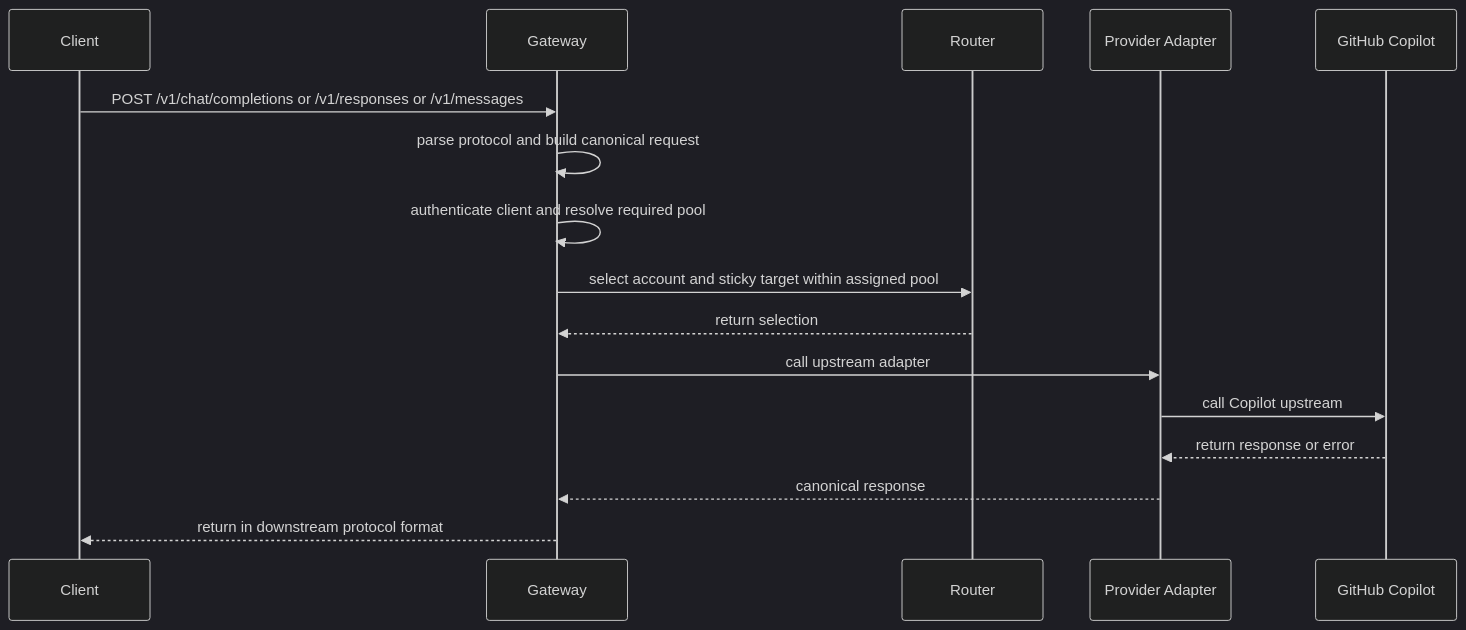
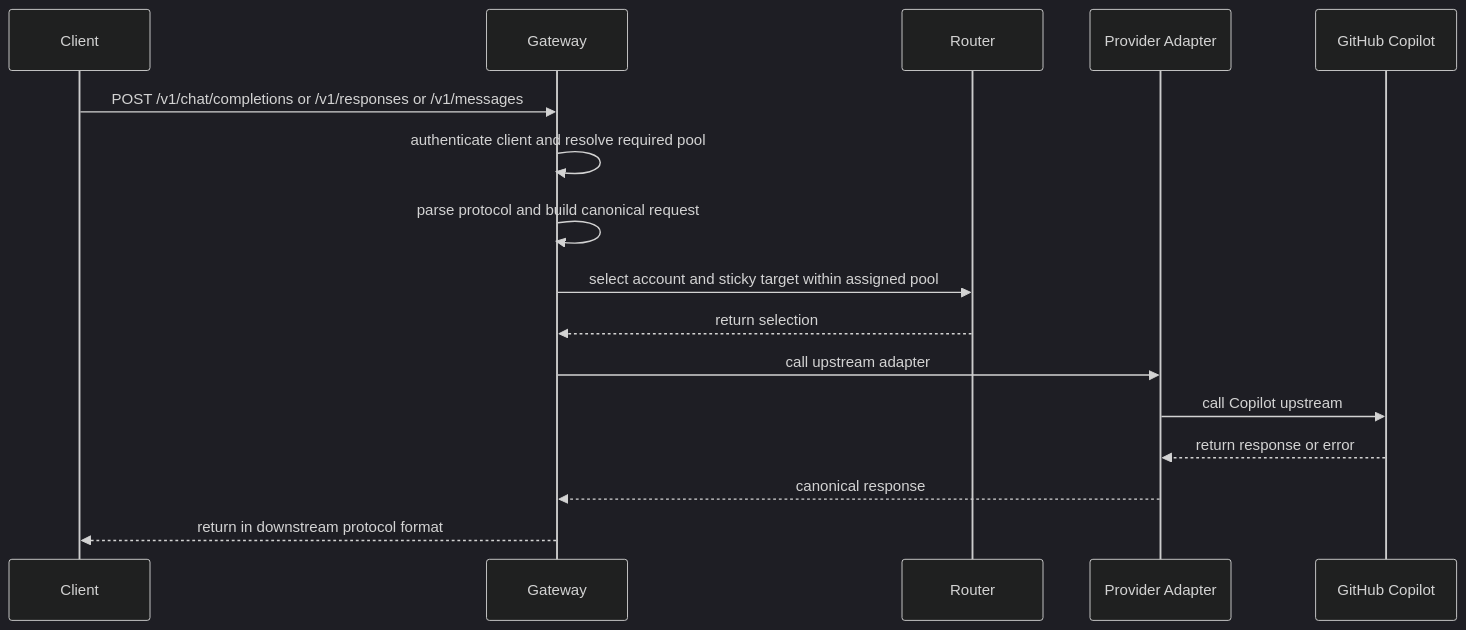
Before and after one commit to pczhao1210/ghcp-pool-proxy: the second of 4 diagrams in docs/architecture.en.md, drawn with Mermaid (dark theme). The commit also changed other lines of this file and 34 other files, not shown here.

First line of the commit message:
Publish runtime release 2026.09.12.1 (schema 21)

````diff
--- a/docs/architecture.en.md
+++ b/docs/architecture.en.md
@@ -63,19 +63,19 @@
 ```mermaid
 sequenceDiagram
   participant C as Client
   participant G as Gateway
   participant R as Router
   participant P as Provider Adapter
   participant U as GitHub Copilot
 
   C->>G: POST /v1/chat/completions or /v1/responses or /v1/messages
+  G->>G: authenticate client and resolve required pool
   G->>G: parse protocol and build canonical request
-  G->>G: authenticate client and resolve required pool
   G->>R: select account and sticky target within assigned pool
   R-->>G: return selection
   G->>P: call upstream adapter
   P->>U: call Copilot upstream
   U-->>P: return response or error
   P-->>G: canonical response
   G-->>C: return in downstream protocol format
 ```
````
